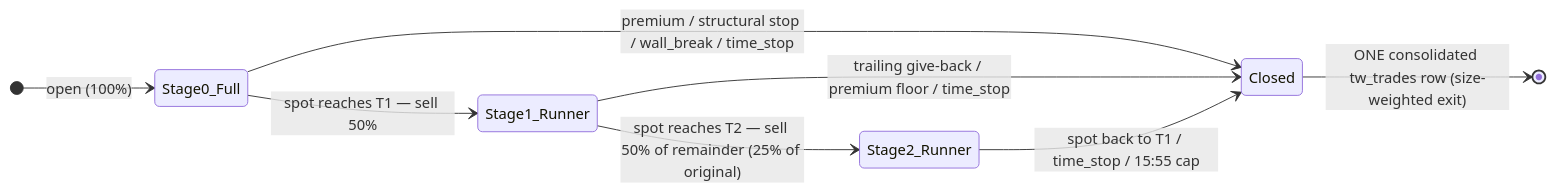
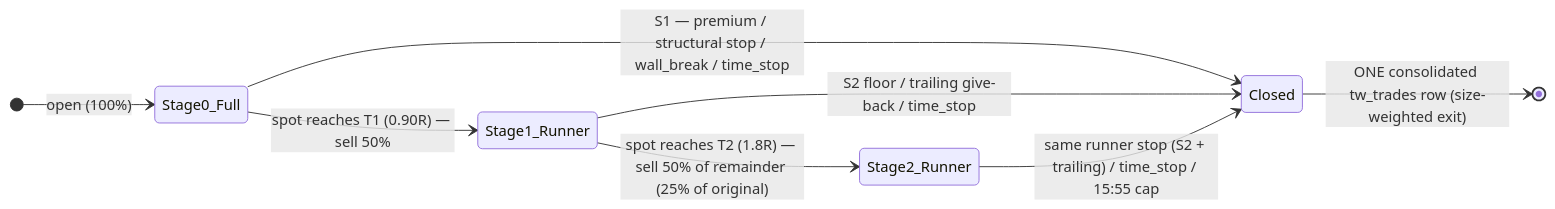
One commit to zerogex-options/zerogex-oa changed the diagram in docs/design/tradeworkz-exit-strategy.md. Above: the diagram before and after it, drawn with Mermaid. The commit also changed other lines of this file, not shown here.

First line of the commit message:
Refine exit-strategy ladder: early T1, S2 runner floor, ratcheting trail

````diff
--- a/docs/design/tradeworkz-exit-strategy.md
+++ b/docs/design/tradeworkz-exit-strategy.md
@@ -168,11 +191,11 @@
 ```mermaid
 stateDiagram-v2
     direction LR
     [*] --> Stage0_Full: open (100%)
-    Stage0_Full --> Closed: premium / structural stop / wall_break / time_stop
-    Stage0_Full --> Stage1_Runner: spot reaches T1 — sell 50%
-    Stage1_Runner --> Closed: trailing give-back / premium floor / time_stop
-    Stage1_Runner --> Stage2_Runner: spot reaches T2 — sell 50% of remainder (25% of original)
-    Stage2_Runner --> Closed: spot back to T1 / time_stop / 15:55 cap
+    Stage0_Full --> Closed: S1 — premium / structural stop / wall_break / time_stop
+    Stage0_Full --> Stage1_Runner: spot reaches T1 (0.90R) — sell 50%
+    Stage1_Runner --> Closed: S2 floor / trailing give-back / time_stop
+    Stage1_Runner --> Stage2_Runner: spot reaches T2 (1.8R) — sell 50% of remainder (25% of original)
+    Stage2_Runner --> Closed: same runner stop (S2 + trailing) / time_stop / 15:55 cap
     Closed --> [*]: ONE consolidated tw_trades row (size-weighted exit)
 ```
````
